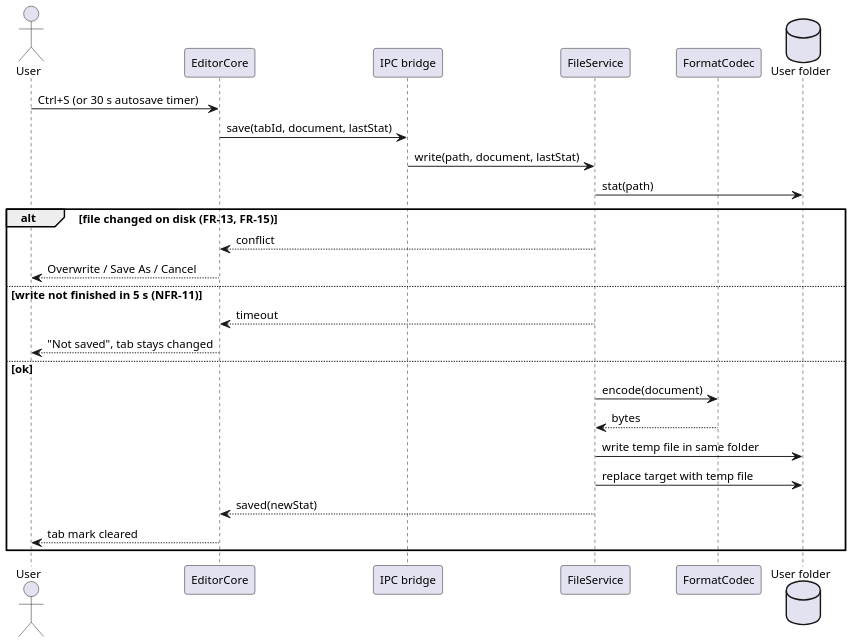
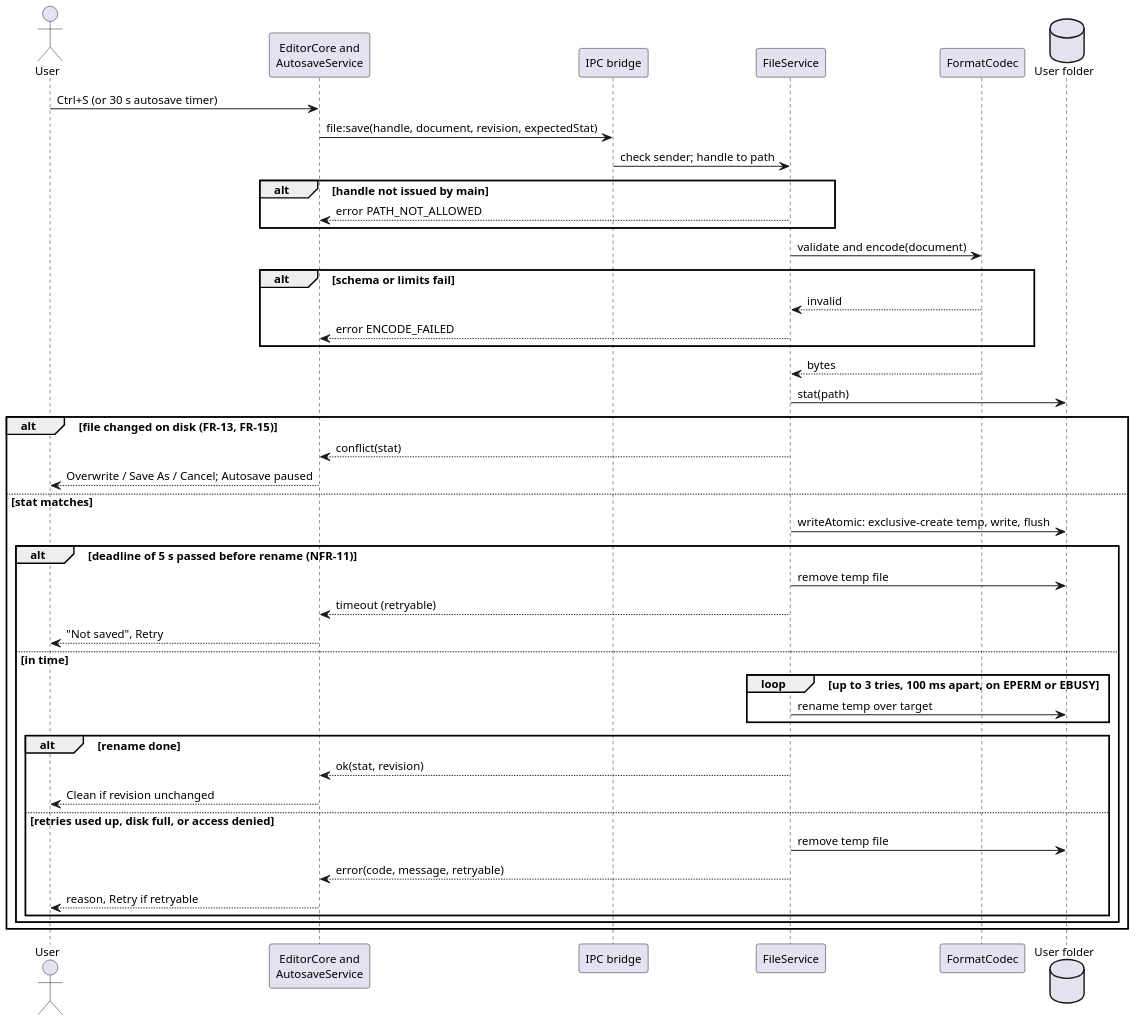
The diagram in docs/diagrams/03-sequence-save.puml (fillicianoplong/obelisk), drawn with PlantUML before and after one commit. The commit also changed 19 other files, not shown here.

Commit message:
Docs: SRS and architecture 1.1 (design, data model, and security review fixes)

```diff
--- a/docs/diagrams/03-sequence-save.puml
+++ b/docs/diagrams/03-sequence-save.puml
@@ -1,30 +1,48 @@
 @startuml obelisk_sequence_save
 skinparam shadowing false
 skinparam defaultFontName Arial
 skinparam defaultFontSize 12
 skinparam dpi 140
 actor User
-participant "EditorCore" as Core
+participant "EditorCore and\nAutosaveService" as Core
 participant "IPC bridge" as IPC
 participant "FileService" as FS
 participant "FormatCodec" as Codec
 database "User folder" as Disk
 User -> Core : Ctrl+S (or 30 s autosave timer)
-Core -> IPC : save(tabId, document, lastStat)
-IPC -> FS : write(path, document, lastStat)
+Core -> IPC : file:save(handle, document, revision, expectedStat)
+IPC -> FS : check sender; handle to path
+alt handle not issued by main
+  FS --> Core : error PATH_NOT_ALLOWED
+end
+FS -> Codec : validate and encode(document)
+alt schema or limits fail
+  Codec --> FS : invalid
+  FS --> Core : error ENCODE_FAILED
+end
+Codec --> FS : bytes
 FS -> Disk : stat(path)
 alt file changed on disk (FR-13, FR-15)
-  FS --> Core : conflict
-  Core --> User : Overwrite / Save As / Cancel
-else write not finished in 5 s (NFR-11)
-  FS --> Core : timeout
-  Core --> User : "Not saved", tab stays changed
-else ok
-  FS -> Codec : encode(document)
-  Codec --> FS : bytes
-  FS -> Disk : write temp file in same folder
-  FS -> Disk : replace target with temp file
-  FS --> Core : saved(newStat)
-  Core --> User : tab mark cleared
+  FS --> Core : conflict(stat)
+  Core --> User : Overwrite / Save As / Cancel; Autosave paused
+else stat matches
+  FS -> Disk : writeAtomic: exclusive-create temp, write, flush
+  alt deadline of 5 s passed before rename (NFR-11)
+    FS -> Disk : remove temp file
+    FS --> Core : timeout (retryable)
+    Core --> User : "Not saved", Retry
+  else in time
+    loop up to 3 tries, 100 ms apart, on EPERM or EBUSY
+      FS -> Disk : rename temp over target
+    end
+    alt rename done
+      FS --> Core : ok(stat, revision)
+      Core --> User : Clean if revision unchanged
+    else retries used up, disk full, or access denied
+      FS -> Disk : remove temp file
+      FS --> Core : error(code, message, retryable)
+      Core --> User : reason, Retry if retryable
+    end
+  end
 end
 @enduml
```
